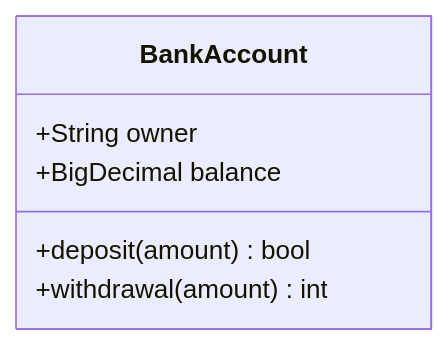
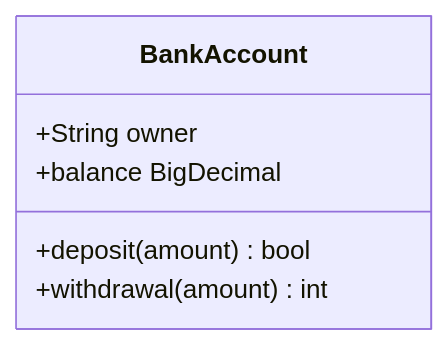
Before and after one commit to mermaid-js/mermaid: the eighth of 25 diagrams in docs/syntax/classDiagram.md, drawn with Mermaid. The commit also changed other lines of this file, not shown here.

````diff
--- a/docs/syntax/classDiagram.md
+++ b/docs/syntax/classDiagram.md
@@ -231,9 +233,9 @@
 ```mermaid
 classDiagram
 class BankAccount{
     +String owner
-    +BigDecimal balance
+    +balance BigDecimal
     +deposit(amount) bool
     +withdrawal(amount) int
 }
 ```
````
